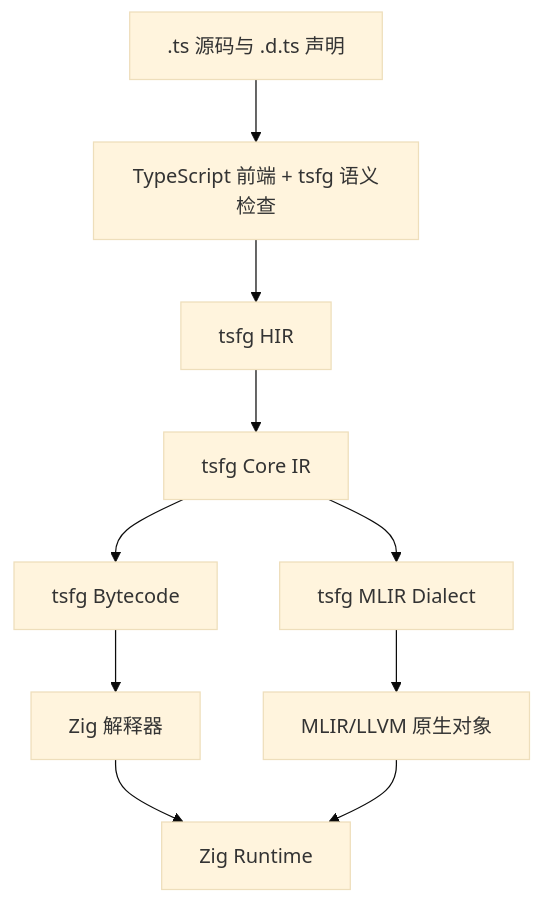
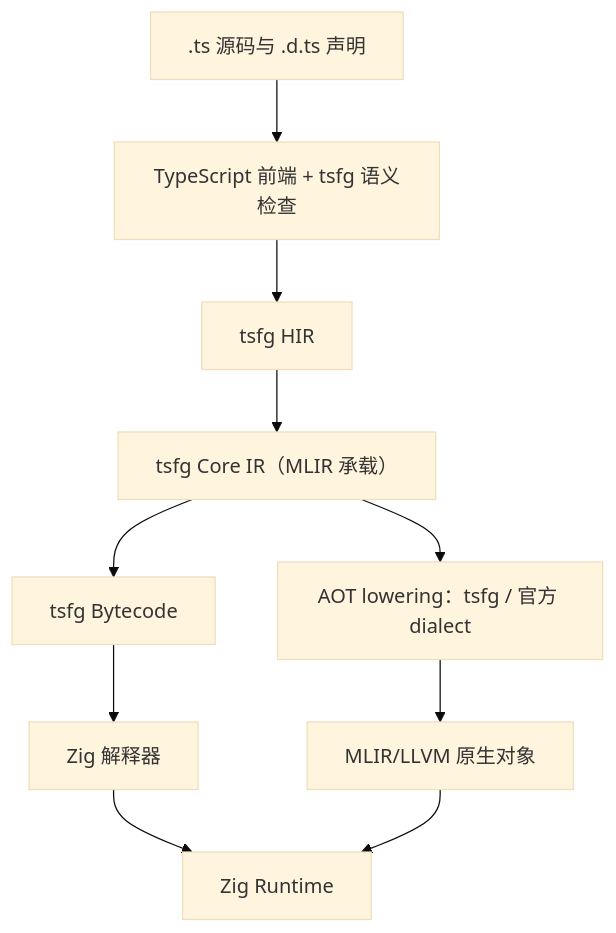
Before and after one commit to xuelongling/tsfg: the diagram in docs/tsfg-architecture.md, drawn with Mermaid (base theme). The commit also changed other lines of this file and 22 other files, not shown here.

````diff
--- a/docs/tsfg-architecture.md
+++ b/docs/tsfg-architecture.md
@@ -40,12 +40,12 @@
 ```mermaid
 flowchart TD
     S[".ts 源码与 .d.ts 声明"] --> F["TypeScript 前端 + tsfg 语义检查"]
     F --> H["tsfg HIR"]
-    H --> C["tsfg Core IR"]
+    H --> C["tsfg Core IR（MLIR 承载）"]
     C --> B["tsfg Bytecode"]
-    C --> M["tsfg MLIR Dialect"]
+    C --> M["AOT lowering：tsfg / 官方 dialect"]
     B --> V["Zig 解释器"]
     M --> L["MLIR/LLVM 原生对象"]
     V --> R["Zig Runtime"]
     L --> R
 ```
````
